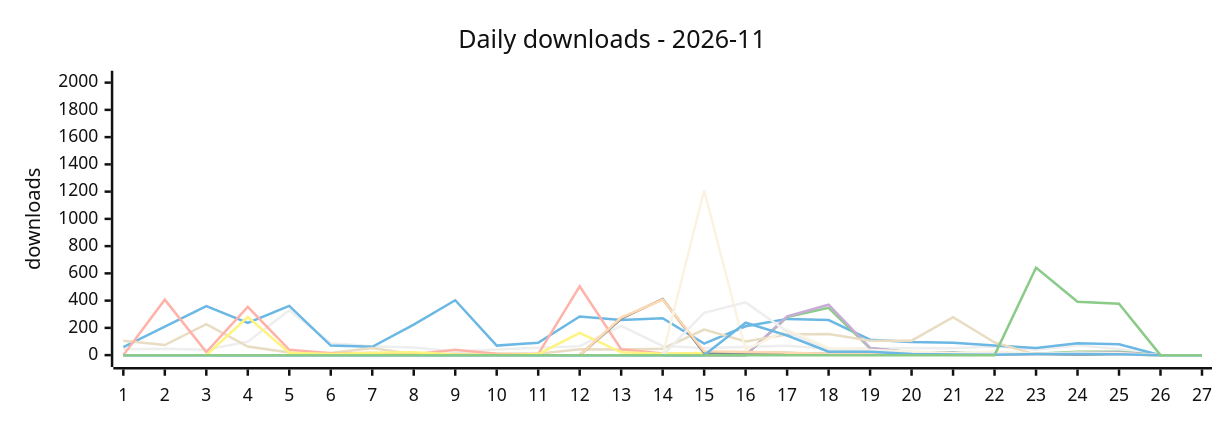
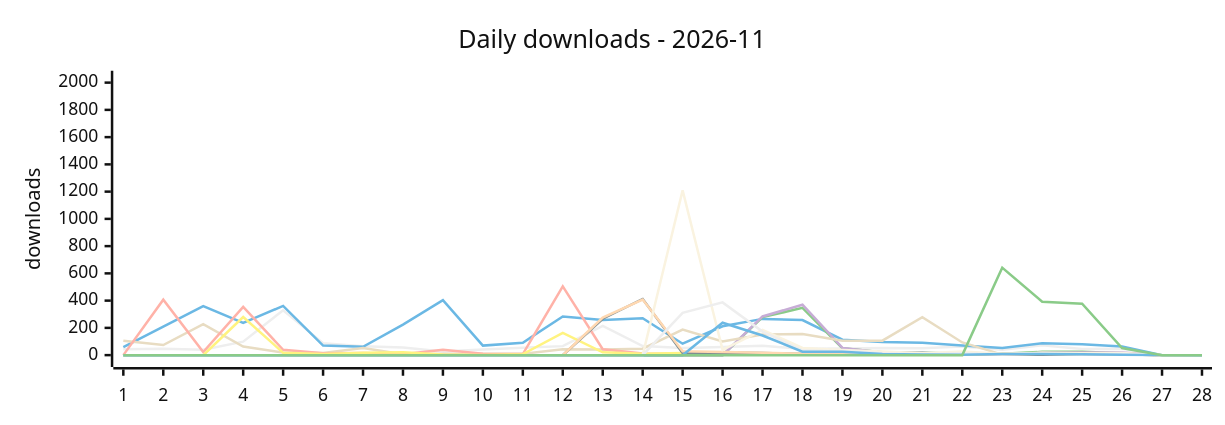
The first of 2 diagrams in DASHBOARD.md (terry2010/npm-downloads-tracker), drawn with Mermaid (neutral theme) before and after one commit. The commit also changed other lines of this file and 1 other file, not shown here.

````diff
--- a/DASHBOARD.md
+++ b/DASHBOARD.md
@@ -45,20 +45,20 @@
 ```mermaid
 %%{init: {'xyChart': {'width': 960, 'height': 320}}}%%
 xychart-beta
     title "Daily downloads - 2026-11"
-    x-axis ["1", "2", "3", "4", "5", "6", "7", "8", "9", "10", "11", "12", "13", "14", "15", "16", "17", "18", "19", "20", "21", "22", "23", "24", "25", "26", "27"]
+    x-axis ["1", "2", "3", "4", "5", "6", "7", "8", "9", "10", "11", "12", "13", "14", "15", "16", "17", "18", "19", "20", "21", "22", "23", "24", "25", "26", "27", "28"]
     y-axis "downloads" 0 --> 2000
-    line "dsh-loop-recover" [43, 46, 39, 99, 329, 88, 66, 56, 27, 42, 54, 66, 214, 67, 53, 59, 69, 46, 48, 53, 51, 63, 39, 72, 45, 0, 0]
-    line "dsh-rss-news-daily" [58, 209, 359, 237, 361, 70, 61, 224, 403, 70, 91, 283, 258, 271, 84, 212, 266, 257, 113, 96, 91, 71, 52, 87, 80, 0, 0]
-    line "dsh-rss-news-flash-kuaixun" [0, 0, 0, 0, 0, 0, 0, 0, 0, 0, 0, 0, 0, 0, 0, 0, 279, 347, 50, 21, 19, 9, 11, 24, 24, 0, 0]
-    line "dsh-rss-news-browser-fetch" [0, 0, 0, 0, 0, 0, 0, 0, 0, 0, 0, 0, 0, 0, 0, 0, 284, 370, 53, 20, 17, 7, 5, 17, 19, 0, 0]
-    line "opencode-loop-recover" [105, 74, 228, 63, 19, 16, 52, 6, 10, 11, 10, 43, 41, 47, 187, 100, 151, 155, 105, 106, 279, 93, 4, 15, 8, 0, 0]
-    line "oc-market-quail-zephyr-72a0" [0, 407, 22, 354, 39, 14, 15, 7, 40, 10, 8, 505, 43, 12, 11, 6, 5, 5, 9, 10, 3, 3, 8, 4, 6, 0, 0]
-    line "awesome-opencode-market" [0, 0, 0, 280, 17, 9, 17, 22, 4, 1, 7, 164, 21, 10, 15, 10, 7, 8, 11, 9, 3, 3, 10, 5, 7, 0, 0]
-    line "surfbird" [0, 0, 0, 0, 0, 0, 0, 0, 0, 0, 0, 0, 267, 412, 16, 19, 15, 8, 6, 10, 11, 11, 6, 3, 4, 0, 0]
-    line "surfbird-mcp" [0, 0, 0, 0, 0, 0, 0, 0, 0, 0, 0, 0, 276, 408, 28, 23, 18, 10, 9, 18, 13, 10, 10, 12, 8, 0, 0]
-    line "dsh-control-surfbird-for-kitesurf" [0, 0, 0, 0, 0, 0, 0, 0, 0, 0, 0, 0, 0, 0, 1209, 39, 186, 53, 38, 27, 13, 27, 10, 17, 13, 0, 0]
-    line "opencode-control-surfbird-for-kitesurf" [0, 0, 0, 0, 0, 0, 0, 0, 0, 0, 0, 0, 0, 0, 310, 387, 173, 34, 30, 13, 4, 14, 5, 10, 5, 0, 0]
-    line "pi-control-surfbird-for-kitesurf" [0, 0, 0, 0, 0, 0, 0, 0, 0, 0, 0, 0, 0, 0, 0, 238, 144, 25, 24, 9, 5, 2, 9, 8, 7, 0, 0]
-    line "awesome-skill-market" [0, 0, 0, 0, 0, 0, 0, 0, 0, 0, 0, 0, 0, 0, 0, 0, 0, 0, 0, 0, 0, 0, 642, 392, 377, 0, 0]
+    line "dsh-loop-recover" [43, 46, 39, 99, 329, 88, 66, 56, 27, 42, 54, 66, 214, 67, 53, 59, 69, 46, 48, 53, 51, 63, 39, 72, 45, 46, 0, 0]
+    line "dsh-rss-news-daily" [58, 209, 359, 237, 361, 70, 61, 224, 403, 70, 91, 283, 258, 271, 84, 212, 266, 257, 113, 96, 91, 71, 52, 87, 80, 64, 0, 0]
+    line "dsh-rss-news-flash-kuaixun" [0, 0, 0, 0, 0, 0, 0, 0, 0, 0, 0, 0, 0, 0, 0, 0, 279, 347, 50, 21, 19, 9, 11, 24, 24, 14, 0, 0]
+    line "dsh-rss-news-browser-fetch" [0, 0, 0, 0, 0, 0, 0, 0, 0, 0, 0, 0, 0, 0, 0, 0, 284, 370, 53, 20, 17, 7, 5, 17, 19, 20, 0, 0]
+    line "opencode-loop-recover" [105, 74, 228, 63, 19, 16, 52, 6, 10, 11, 10, 43, 41, 47, 187, 100, 151, 155, 105, 106, 279, 93, 4, 15, 8, 7, 0, 0]
+    line "oc-market-quail-zephyr-72a0" [0, 407, 22, 354, 39, 14, 15, 7, 40, 10, 8, 505, 43, 12, 11, 6, 5, 5, 9, 10, 3, 3, 8, 4, 6, 12, 0, 0]
+    line "awesome-opencode-market" [0, 0, 0, 280, 17, 9, 17, 22, 4, 1, 7, 164, 21, 10, 15, 10, 7, 8, 11, 9, 3, 3, 10, 5, 7, 6, 0, 0]
+    line "surfbird" [0, 0, 0, 0, 0, 0, 0, 0, 0, 0, 0, 0, 267, 412, 16, 19, 15, 8, 6, 10, 11, 11, 6, 3, 4, 7, 0, 0]
+    line "surfbird-mcp" [0, 0, 0, 0, 0, 0, 0, 0, 0, 0, 0, 0, 276, 408, 28, 23, 18, 10, 9, 18, 13, 10, 10, 12, 8, 6, 0, 0]
+    line "dsh-control-surfbird-for-kitesurf" [0, 0, 0, 0, 0, 0, 0, 0, 0, 0, 0, 0, 0, 0, 1209, 39, 186, 53, 38, 27, 13, 27, 10, 17, 13, 16, 0, 0]
+    line "opencode-control-surfbird-for-kitesurf" [0, 0, 0, 0, 0, 0, 0, 0, 0, 0, 0, 0, 0, 0, 310, 387, 173, 34, 30, 13, 4, 14, 5, 10, 5, 8, 0, 0]
+    line "pi-control-surfbird-for-kitesurf" [0, 0, 0, 0, 0, 0, 0, 0, 0, 0, 0, 0, 0, 0, 0, 238, 144, 25, 24, 9, 5, 2, 9, 8, 7, 3, 0, 0]
+    line "awesome-skill-market" [0, 0, 0, 0, 0, 0, 0, 0, 0, 0, 0, 0, 0, 0, 0, 0, 0, 0, 0, 0, 0, 0, 642, 392, 377, 52, 0, 0]
 ```
````
